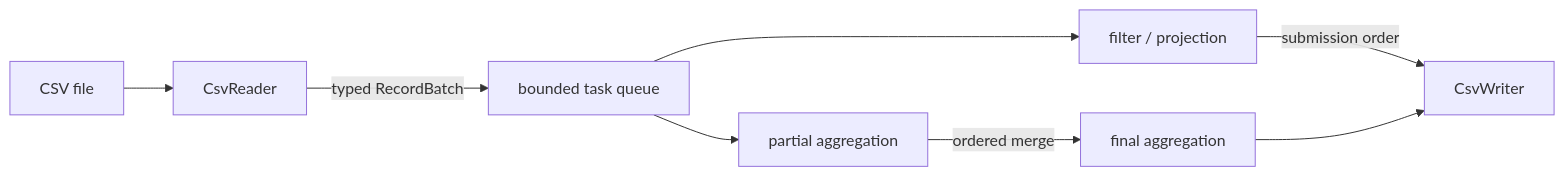
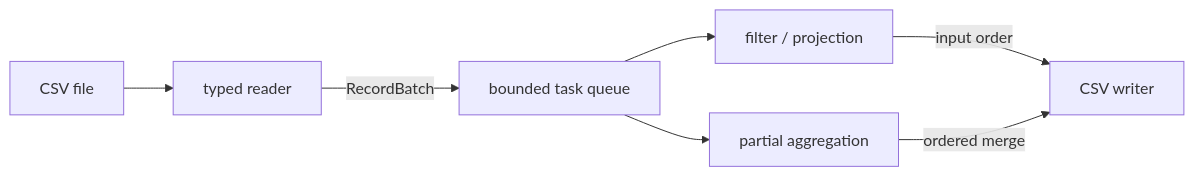
The diagram in README.md (MadniAbdulWahab/cpp-data-processing-engine), drawn with Mermaid before and after one commit. The commit also changed other lines of this file, not shown here.

````diff
--- a/README.md
+++ b/README.md
@@ -81,10 +133,9 @@
 ```mermaid
 flowchart LR
-    A[CSV file] --> B[CsvReader]
-    B -->|typed RecordBatch| C[bounded task queue]
+    A[CSV file] --> B[typed reader]
+    B -->|RecordBatch| C[bounded task queue]
     C --> D[filter / projection]
     C --> E[partial aggregation]
-    D -->|submission order| F[CsvWriter]
-    E -->|ordered merge| G[final aggregation]
-    G --> F
+    D -->|input order| F[CSV writer]
+    E -->|ordered merge| F
 ```
````
